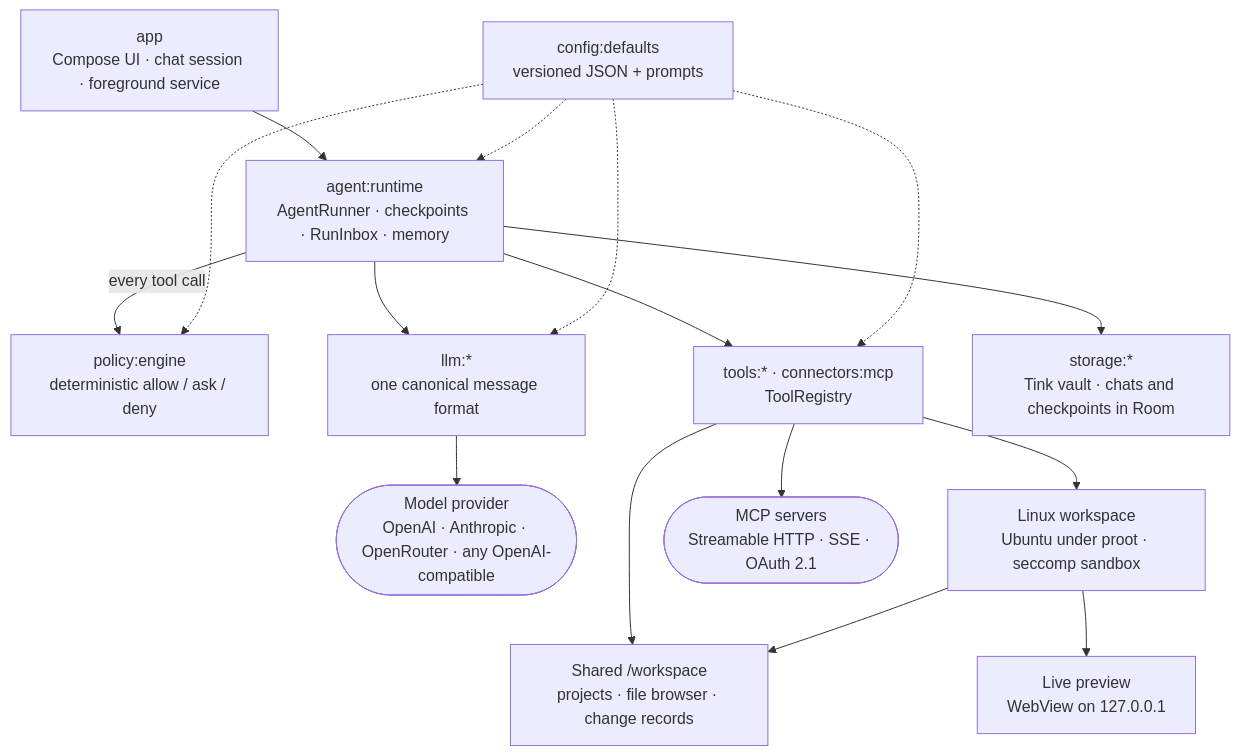
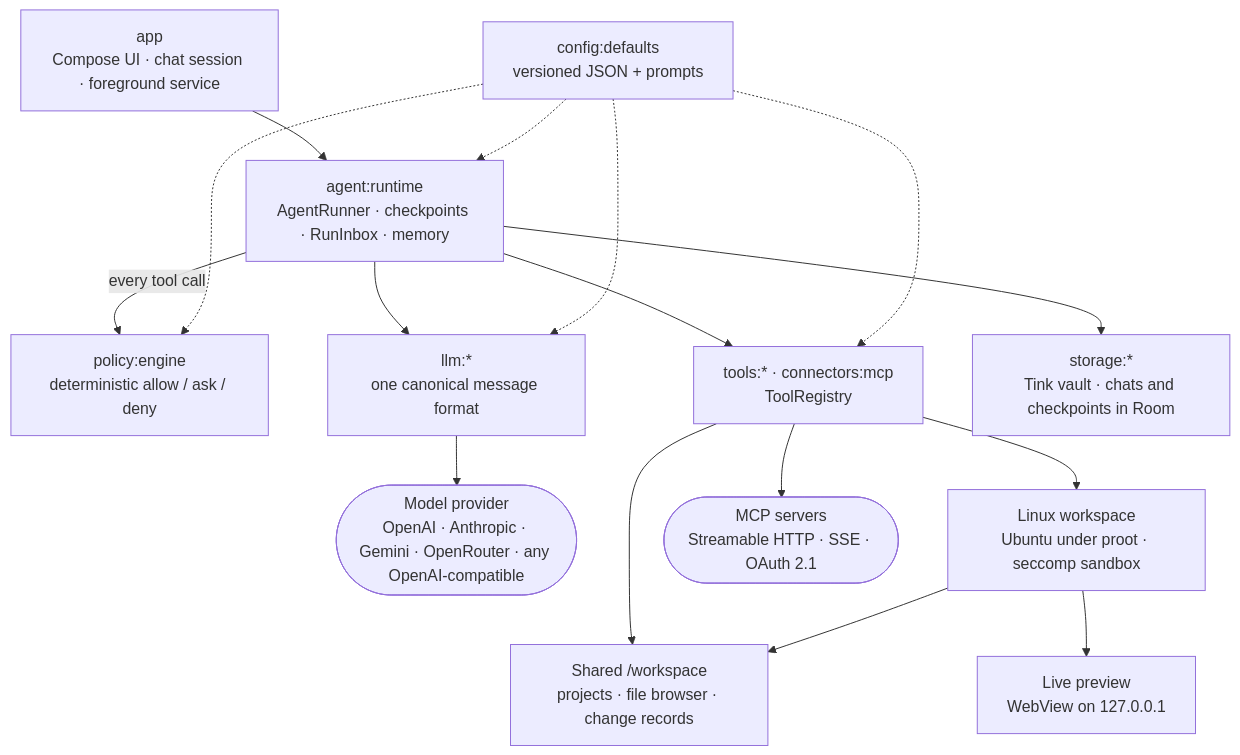
The diagram in README.md (Arunprakaash/Whittle), drawn with Mermaid before and after one commit. The commit also changed other lines of this file and 4 other files, not shown here.

````diff
--- a/README.md
+++ b/README.md
@@ -26,27 +26,27 @@
 ```mermaid
 flowchart TB
     UI["app<br/>Compose UI · chat session · foreground service"]
     RUN["agent:runtime<br/>AgentRunner · checkpoints · RunInbox · memory"]
     POL["policy:engine<br/>deterministic allow / ask / deny"]
     LLM["llm:*<br/>one canonical message format"]
     TOOLS["tools:* · connectors:mcp<br/>ToolRegistry"]
     STORE["storage:*<br/>Tink vault · chats and checkpoints in Room"]
     CFG["config:defaults<br/>versioned JSON + prompts"]
-    PROV(["Model provider<br/>OpenAI · Anthropic · OpenRouter · any OpenAI-compatible"])
+    PROV(["Model provider<br/>OpenAI · Anthropic · Gemini · OpenRouter · any OpenAI-compatible"])
     SANDBOX["Linux workspace<br/>Ubuntu under proot · seccomp sandbox"]
     FILES["Shared /workspace<br/>projects · file browser · change records"]
     PREVIEW["Live preview<br/>WebView on 127.0.0.1"]
     MCP(["MCP servers<br/>Streamable HTTP · SSE · OAuth 2.1"])
 
     UI --> RUN
     RUN --> LLM --> PROV
     RUN -- every tool call --> POL
     RUN --> TOOLS
     RUN --> STORE
     TOOLS --> SANDBOX
     TOOLS --> FILES
     SANDBOX --> FILES
     SANDBOX --> PREVIEW
     TOOLS --> MCP
     CFG -.-> RUN & POL & TOOLS & LLM
 ```
````
